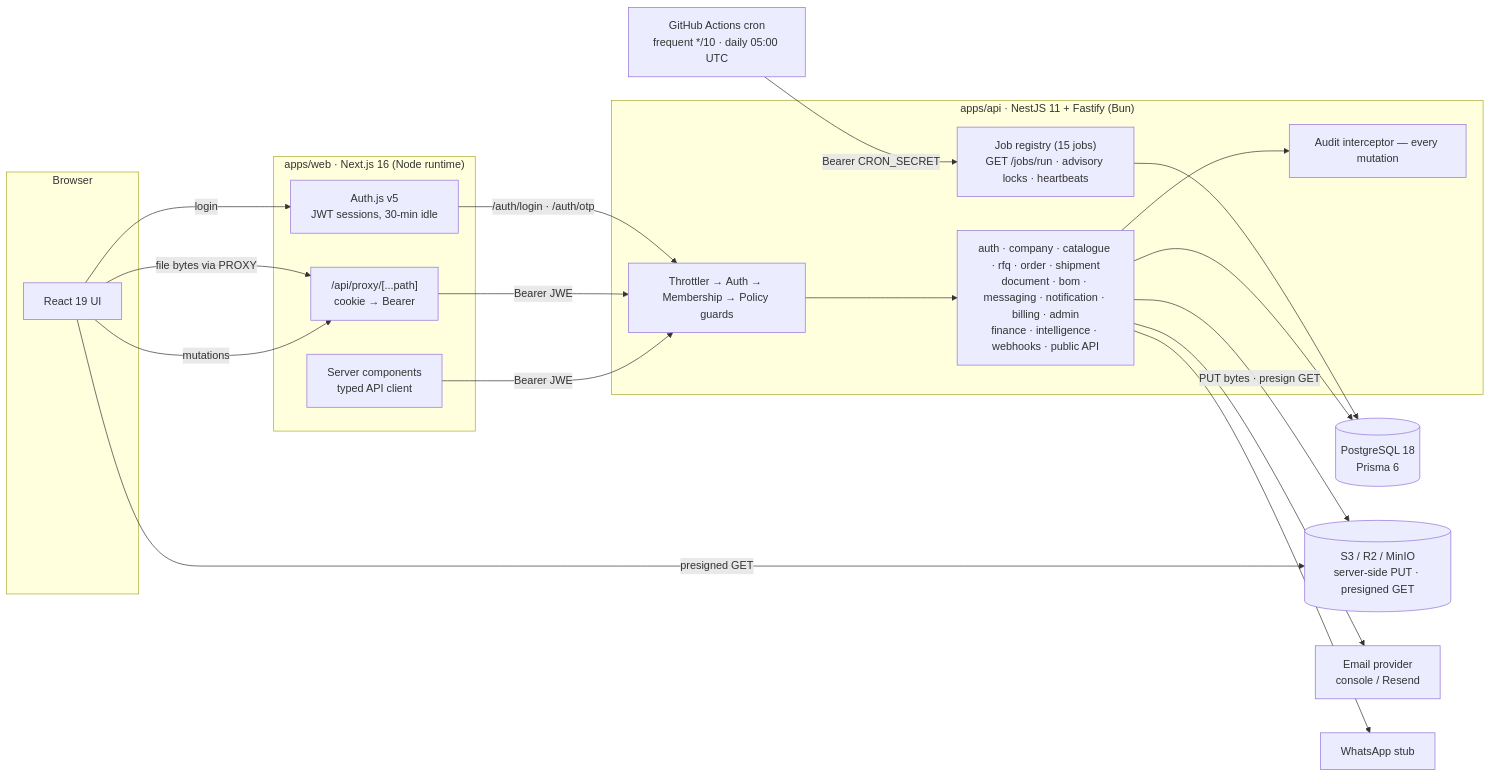
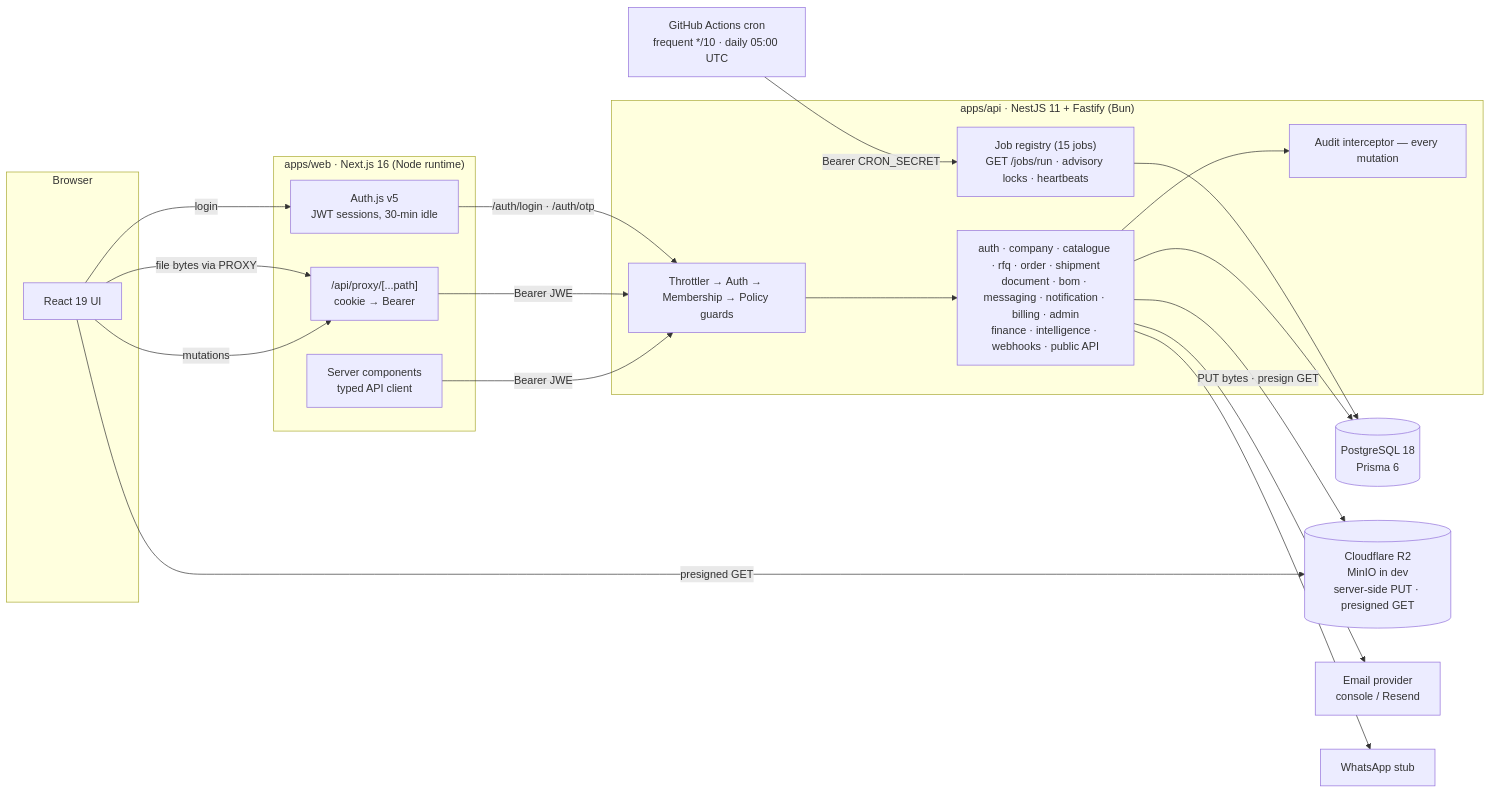
One commit to ionatech2025/global_pharmachain changed the diagram in README.md. Above: the diagram before and after it, drawn with Mermaid. The commit also changed other lines of this file and 4 other files, not shown here.

````diff
--- a/README.md
+++ b/README.md
@@ -84,40 +84,40 @@
 ```mermaid
 flowchart LR
   subgraph Browser
     UI[React 19 UI]
   end
 
   subgraph web["apps/web · Next.js 16 (Node runtime)"]
     RSC[Server components<br/>typed API client]
     PROXY["/api/proxy/[...path]<br/>cookie → Bearer"]
     AUTHJS[Auth.js v5<br/>JWT sessions, 30-min idle]
   end
 
   subgraph api["apps/api · NestJS 11 + Fastify (Bun)"]
     GUARDS[Throttler → Auth → Membership → Policy guards]
     MODULES[auth · company · catalogue · rfq · order · shipment<br/>document · bom · messaging · notification · billing · admin<br/>finance · intelligence · webhooks · public API]
     AUDIT[Audit interceptor — every mutation]
     JOBS["Job registry (15 jobs)<br/>GET /jobs/run · advisory locks · heartbeats"]
   end
 
   CRON[GitHub Actions cron<br/>frequent */10 · daily 05:00 UTC]
   DB[(PostgreSQL 18<br/>Prisma 6)]
-  S3[(S3 / R2 / MinIO<br/>server-side PUT · presigned GET)]
+  R2[(Cloudflare R2<br/>MinIO in dev<br/>server-side PUT · presigned GET)]
   MAIL[Email provider<br/>console / Resend]
   WA[WhatsApp stub]
 
   UI -->|mutations| PROXY
   UI -->|login| AUTHJS
   RSC -->|Bearer JWE| GUARDS
   PROXY -->|Bearer JWE| GUARDS
   AUTHJS -->|"/auth/login · /auth/otp"| GUARDS
   GUARDS --> MODULES --> AUDIT
   MODULES --> DB
-  MODULES -->|"PUT bytes · presign GET"| S3
+  MODULES -->|"PUT bytes · presign GET"| R2
   UI -->|"file bytes via PROXY"| PROXY
-  UI -->|presigned GET| S3
+  UI -->|presigned GET| R2
   MODULES --> MAIL
   MODULES --> WA
   CRON -->|Bearer CRON_SECRET| JOBS
   JOBS --> DB
 ```
````
